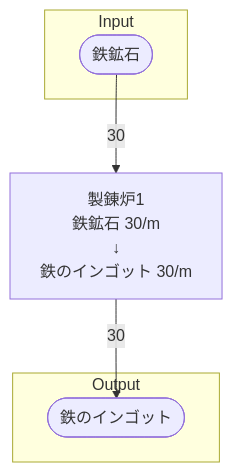
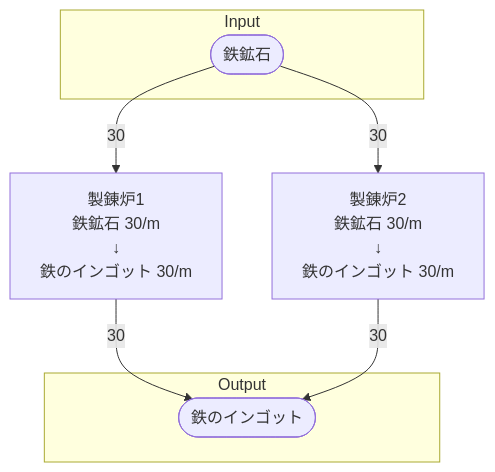
One commit to Suzuran-Amano/SatisfactoryTaskEfficiency changed the diagram in 40_FactoryBuilding/初期一時鉄板工場/40_詳細設計/個別製造ライン設計書_鉄のインゴット製造ライン.md. Above: the diagram before and after it, drawn with Mermaid. The commit also changed other lines of this file and 32 other files, not shown here.

````diff
--- a/40_FactoryBuilding/初期一時鉄板工場/40_詳細設計/個別製造ライン設計書_鉄のインゴット製造ライン.md
+++ b/40_FactoryBuilding/初期一時鉄板工場/40_詳細設計/個別製造ライン設計書_鉄のインゴット製造ライン.md
@@ -18,21 +18,29 @@
 ```mermaid
 flowchart TD
 
 subgraph Input
     鉄鉱石([鉄鉱石])
 end
 
 製錬炉1[
     製錬炉1
     鉄鉱石 30/m
     ↓
     鉄のインゴット 30/m
 ]
+製錬炉2[
+    製錬炉2
+    鉄鉱石 30/m
+    ↓
+    鉄のインゴット 30/m
+]
 
 subgraph Output
     鉄のインゴット([鉄のインゴット])
 end
 
 鉄鉱石-->|30|製錬炉1
+鉄鉱石-->|30|製錬炉2
 製錬炉1-->|30|鉄のインゴット
+製錬炉2-->|30|鉄のインゴット
 ```
````
